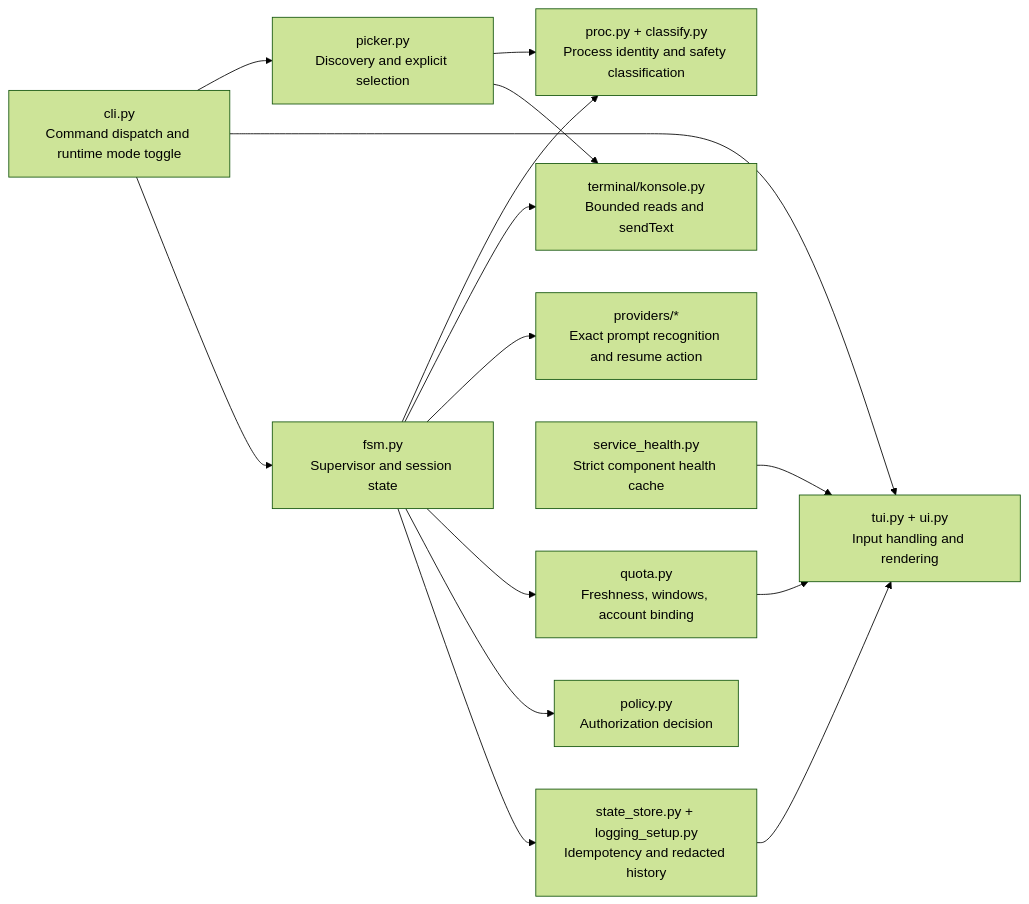
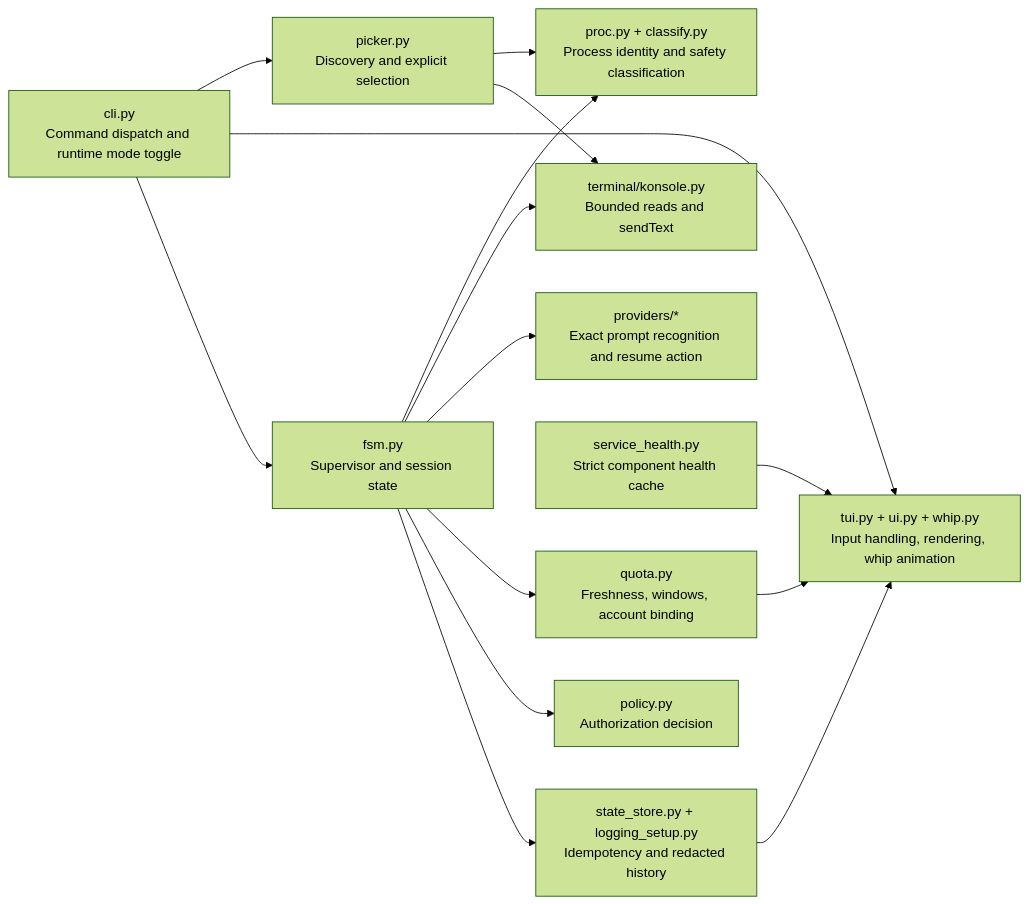
Before and after one commit to marcelpetrick/AgentWhileTrue: the third of 6 diagrams in docs/ARCHITECTURE.md, drawn with Mermaid (forest theme). The commit also changed other lines of this file and 9 other files, not shown here.

````diff
--- a/docs/ARCHITECTURE.md
+++ b/docs/ARCHITECTURE.md
@@ -101,29 +101,29 @@
 ```mermaid
 flowchart LR
     command["cli.py<br/>Command dispatch and runtime mode toggle"]
     picker["picker.py<br/>Discovery and explicit selection"]
-    tui["tui.py + ui.py<br/>Input handling and rendering"]
+    tui["tui.py + ui.py + whip.py<br/>Input handling, rendering, whip animation"]
     fsm["fsm.py<br/>Supervisor and session state"]
     classify["proc.py + classify.py<br/>Process identity and safety classification"]
     terminal["terminal/konsole.py<br/>Bounded reads and sendText"]
     provider["providers/*<br/>Exact prompt recognition and resume action"]
     quota["quota.py<br/>Freshness, windows, account binding"]
     health["service_health.py<br/>Strict component health cache"]
     policy["policy.py<br/>Authorization decision"]
     store["state_store.py + logging_setup.py<br/>Idempotency and redacted history"]
 
     command --> picker
     command --> tui
     command --> fsm
     picker --> classify
     picker --> terminal
     fsm --> classify
     fsm --> terminal
     fsm --> provider
     fsm --> quota
     fsm --> policy
     fsm --> store
     health --> tui
     quota --> tui
     store --> tui
 ```
````
